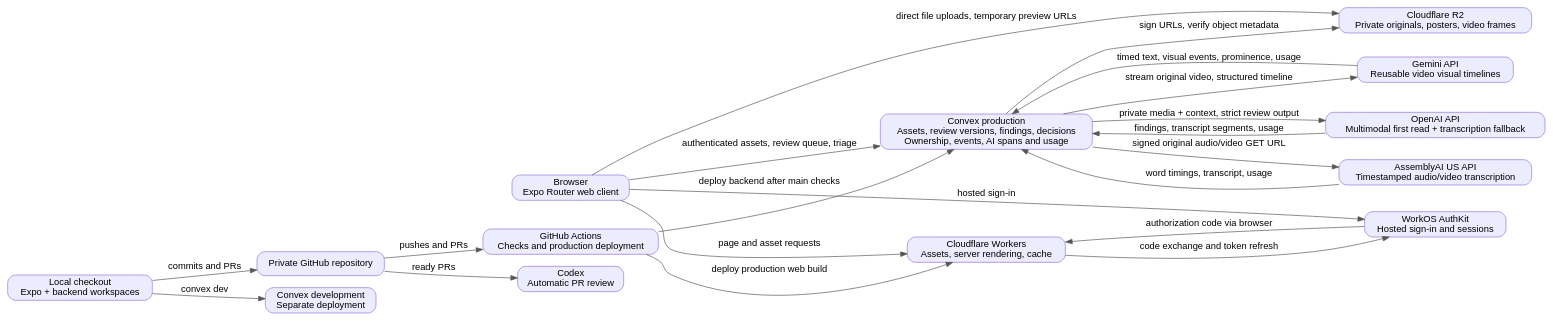
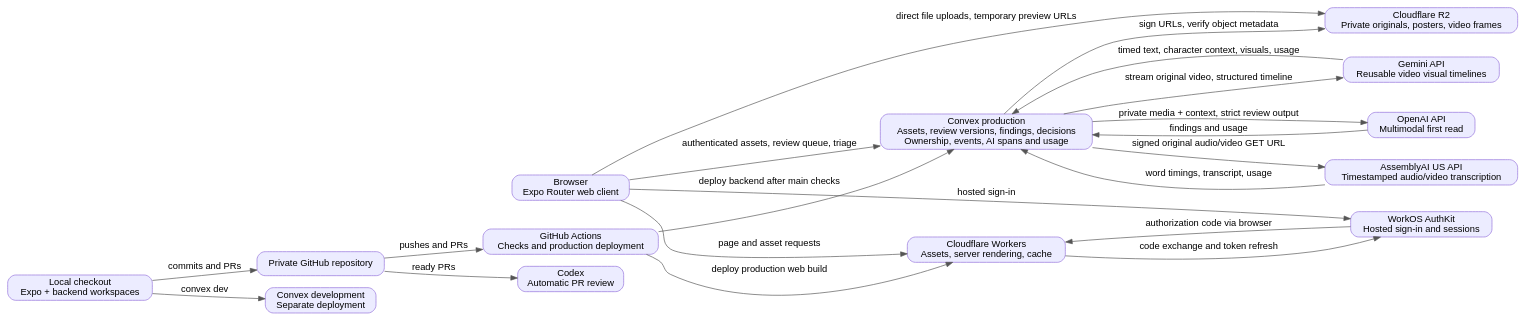
One commit to pbanuru/clearpath_compliance_marketing changed the diagram in docs/architecture.dot. Above: the diagram before and after it, drawn with Graphviz. The commit also changed 25 other files, not shown here.

```diff
--- a/docs/architecture.dot
+++ b/docs/architecture.dot
@@ -1,37 +1,37 @@
 digraph clearpath {
   rankdir=LR; compound=true; bgcolor="white"; fontname="Helvetica";
   node [shape=box, style="rounded,filled", fillcolor="#ECECFF", color="#9370DB", fontname="Helvetica"];
   edge [fontname="Helvetica", color="#555555"];
   browser [label="Browser\nExpo Router web client"];
   cloudflare [label="Cloudflare Workers\nAssets, server rendering, cache"];
   convex [label="Convex production\nAssets, review versions, findings, decisions\nOwnership, events, AI spans and usage"];
   r2 [label="Cloudflare R2\nPrivate originals, posters, video frames"];
-  openai [label="OpenAI API\nMultimodal first read + transcription fallback"];
+  openai [label="OpenAI API\nMultimodal first read"];
   assemblyai [label="AssemblyAI US API\nTimestamped audio/video transcription"];
   gemini [label="Gemini API\nReusable video visual timelines"];
   dev [label="Convex development\nSeparate deployment"];
   local [label="Local checkout\nExpo + backend workspaces"];
   github [label="Private GitHub repository"];
   ci [label="GitHub Actions\nChecks and production deployment"];
   codex [label="Codex\nAutomatic PR review"];
   workos [label="WorkOS AuthKit\nHosted sign-in and sessions"];
   browser -> cloudflare [label="page and asset requests"];
   browser -> convex [label="authenticated assets, review queue, triage"];
   browser -> r2 [label="direct file uploads, temporary preview URLs"];
   convex -> r2 [label="sign URLs, verify object metadata"];
   convex -> openai [label="private media + context, strict review output"];
   convex -> assemblyai [label="signed original audio/video GET URL"];
   convex -> gemini [label="stream original video, structured timeline"];
-  gemini -> convex [label="timed text, visual events, prominence, usage"];
+  gemini -> convex [label="timed text, character context, visuals, usage"];
   assemblyai -> convex [label="word timings, transcript, usage"];
-  openai -> convex [label="findings, transcript segments, usage"];
+  openai -> convex [label="findings and usage"];
   browser -> workos [label="hosted sign-in"];
   workos -> cloudflare [label="authorization code via browser"];
   cloudflare -> workos [label="code exchange and token refresh"];
   local -> dev [label="convex dev"];
   ci -> convex [label="deploy backend after main checks"];
   ci -> cloudflare [label="deploy production web build"];
   local -> github [label="commits and PRs"];
   github -> ci [label="pushes and PRs"];
   github -> codex [label="ready PRs"];
 }
```
